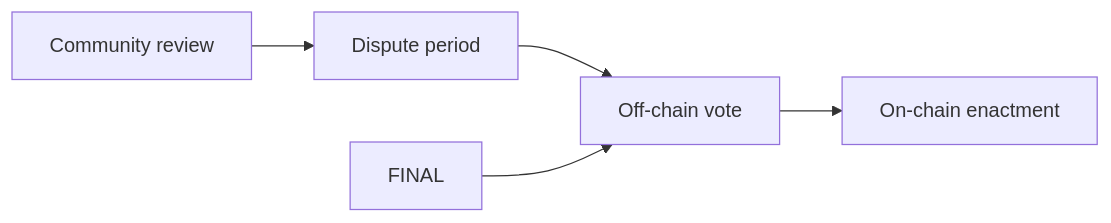
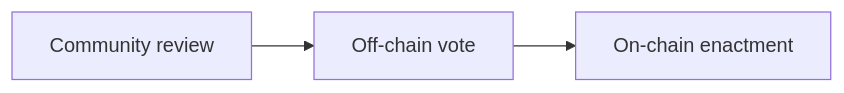
One commit to nation3/gov changed the first of 2 diagrams in GOVERNANCE.md. Above: the diagram before and after it, drawn with Mermaid. The commit also changed other lines of this file, not shown here.

Commit message:
Remove dispute period

````diff
--- a/GOVERNANCE.md
+++ b/GOVERNANCE.md
@@ -18,7 +18,5 @@
 ```mermaid
 flowchart LR
-  REVIEW[Community review] --> DISPUTE[Dispute period]
-  DISPUTE --> OFFVOTE[Off-chain vote]
-  FINAL --> OFFVOTE[Off-chain vote]
+  REVIEW[Community review] --> OFFVOTE[Off-chain vote]
   OFFVOTE --> ONVOTE[On-chain enactment]
 ```
````
